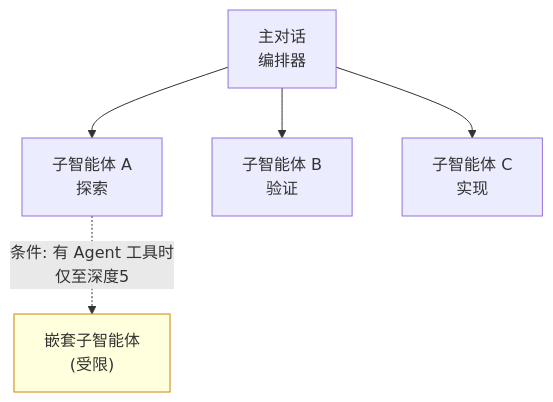
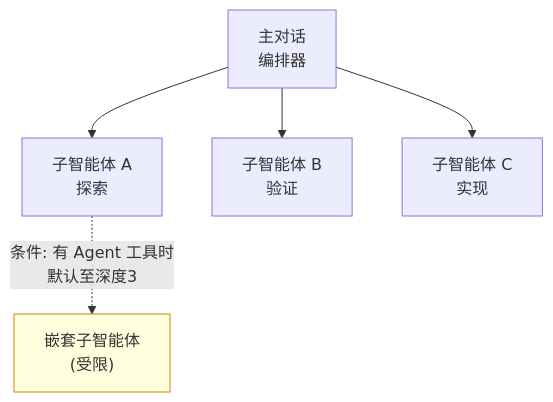
One commit to modu-ai/moai-adk changed the diagram in docs-site/content/zh/claude-code/agentic/sub-agents.md. Above: the diagram before and after it, drawn with Mermaid. The commit also changed other lines of this file and 3 other files, not shown here.

````diff
--- a/docs-site/content/zh/claude-code/agentic/sub-agents.md
+++ b/docs-site/content/zh/claude-code/agentic/sub-agents.md
@@ -65,8 +65,8 @@
 ```mermaid
 flowchart TD
     M[主对话<br/>编排器] --> A[子智能体 A<br/>探索]
     M --> B[子智能体 B<br/>验证]
     M --> C[子智能体 C<br/>实现]
-    A -.->|条件: 有 Agent 工具时<br/>仅至深度5| X["嵌套子智能体<br/>(受限)"]
+    A -.->|条件: 有 Agent 工具时<br/>默认至深度3| X["嵌套子智能体<br/>(受限)"]
     style X fill:#ffd,stroke:#c80
 ```
````
